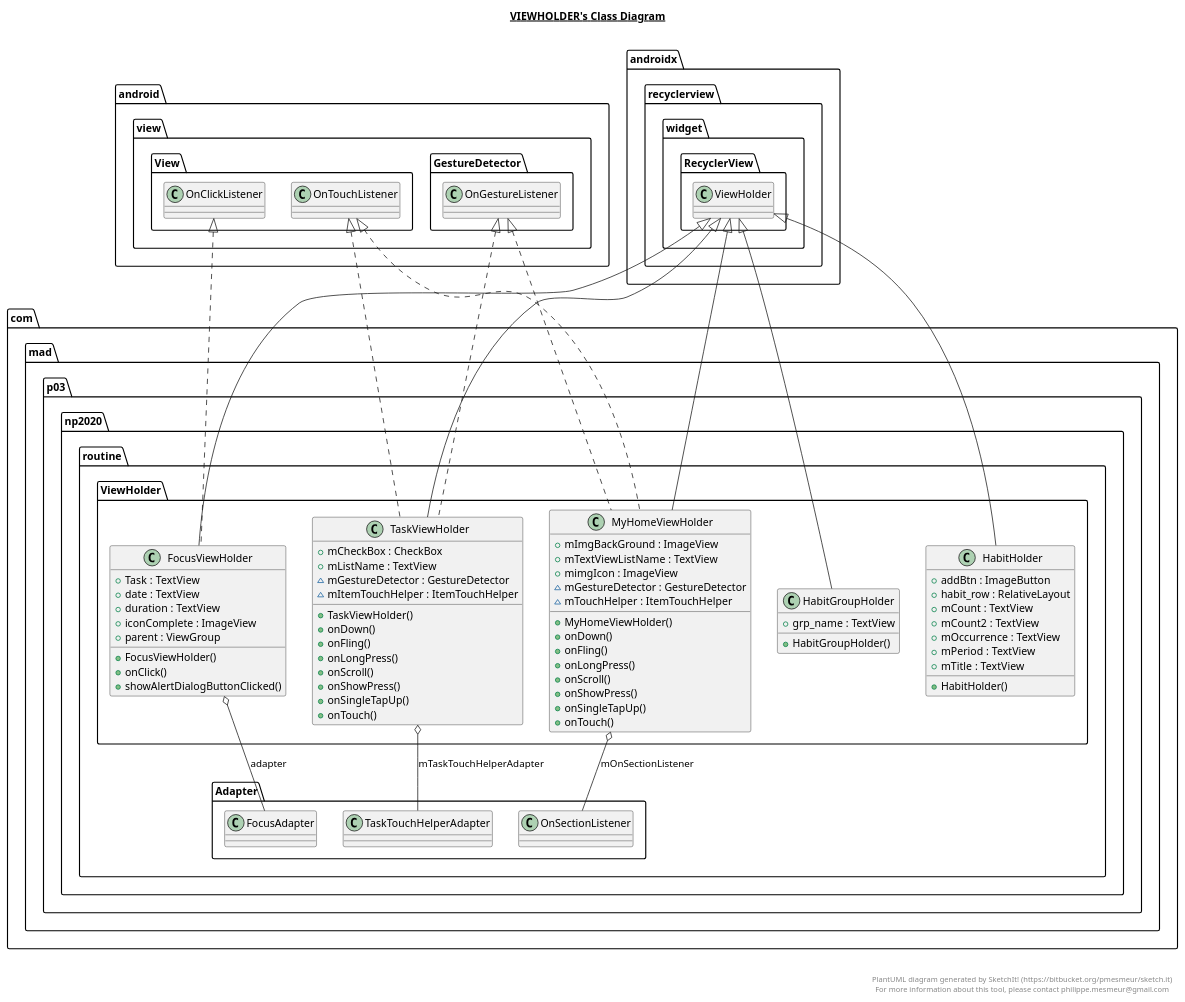
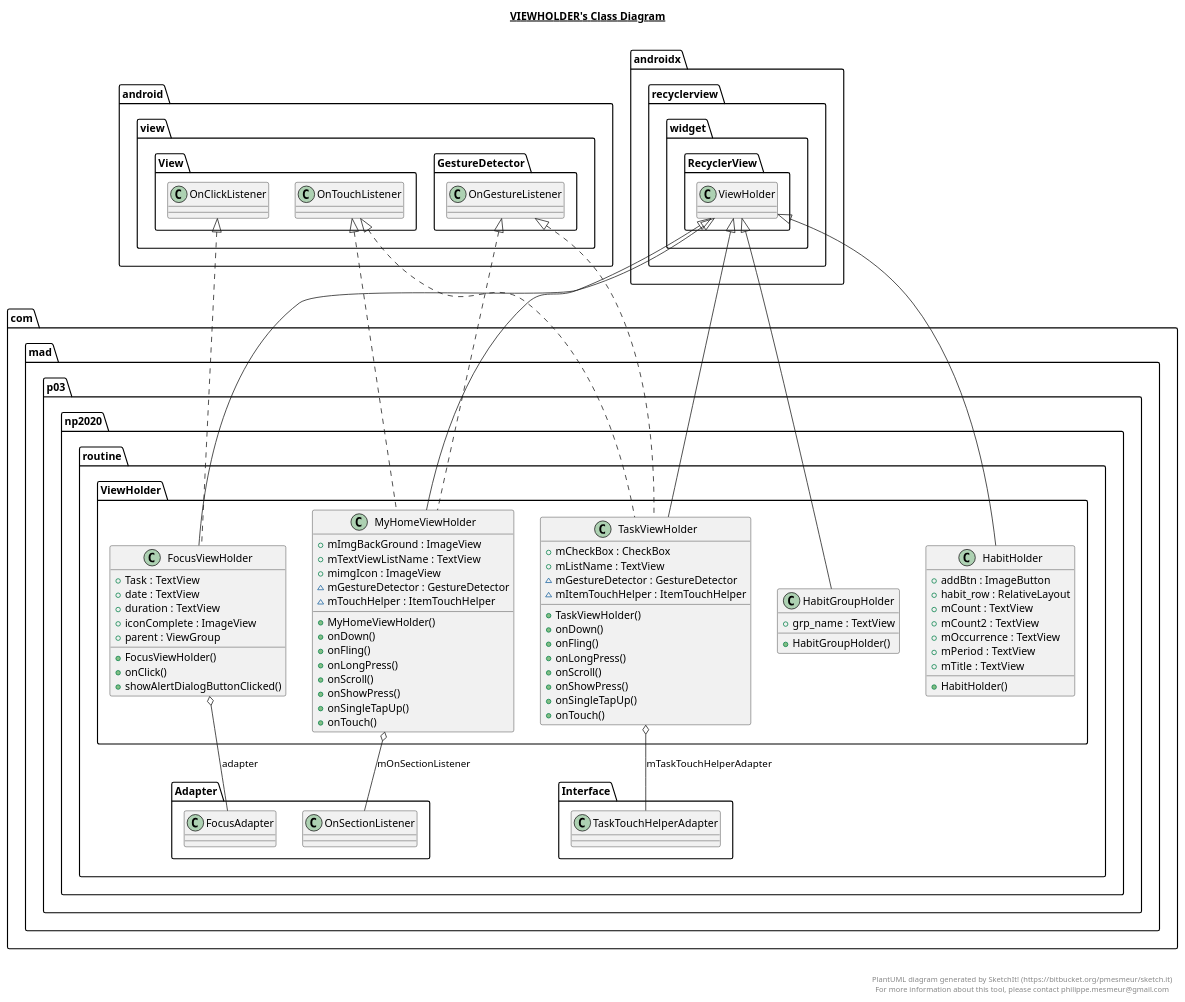
The diagram in app/src/main/java/com/mad/p03/np2020/routine/ViewHolder/ViewHolder.plantuml (AppDevIn/Routine), drawn with PlantUML before and after one commit. The commit also changed 12 other files, not shown here.

```diff
--- a/app/src/main/java/com/mad/p03/np2020/routine/ViewHolder/ViewHolder.plantuml
+++ b/app/src/main/java/com/mad/p03/np2020/routine/ViewHolder/ViewHolder.plantuml
@@ -1,110 +1,110 @@
 @startuml
 
 title __VIEWHOLDER's Class Diagram__\n
 
   namespace com.mad.p03.np2020.routine {
     namespace ViewHolder {
       class com.mad.p03.np2020.routine.ViewHolder.FocusViewHolder {
           + Task : TextView
           + date : TextView
           + duration : TextView
           + iconComplete : ImageView
           + parent : ViewGroup
           + FocusViewHolder()
           + onClick()
           + showAlertDialogButtonClicked()
       }
     }
   }
   
 
   namespace com.mad.p03.np2020.routine {
     namespace ViewHolder {
       class com.mad.p03.np2020.routine.ViewHolder.HabitGroupHolder {
           + grp_name : TextView
           + HabitGroupHolder()
       }
     }
   }
   
 
   namespace com.mad.p03.np2020.routine {
     namespace ViewHolder {
       class com.mad.p03.np2020.routine.ViewHolder.HabitHolder {
           + addBtn : ImageButton
           + habit_row : RelativeLayout
           + mCount : TextView
           + mCount2 : TextView
           + mOccurrence : TextView
           + mPeriod : TextView
           + mTitle : TextView
           + HabitHolder()
       }
     }
   }
   
 
   namespace com.mad.p03.np2020.routine {
     namespace ViewHolder {
       class com.mad.p03.np2020.routine.ViewHolder.MyHomeViewHolder {
           + mImgBackGround : ImageView
           + mTextViewListName : TextView
           + mimgIcon : ImageView
           ~ mGestureDetector : GestureDetector
           ~ mTouchHelper : ItemTouchHelper
           + MyHomeViewHolder()
           + onDown()
           + onFling()
           + onLongPress()
           + onScroll()
           + onShowPress()
           + onSingleTapUp()
           + onTouch()
       }
     }
   }
   
 
   namespace com.mad.p03.np2020.routine {
     namespace ViewHolder {
       class com.mad.p03.np2020.routine.ViewHolder.TaskViewHolder {
           + mCheckBox : CheckBox
           + mListName : TextView
           ~ mGestureDetector : GestureDetector
           ~ mItemTouchHelper : ItemTouchHelper
           + TaskViewHolder()
           + onDown()
           + onFling()
           + onLongPress()
           + onScroll()
           + onShowPress()
           + onSingleTapUp()
           + onTouch()
       }
     }
   }
   
 
   com.mad.p03.np2020.routine.ViewHolder.FocusViewHolder .up.|> android.view.View.OnClickListener
   com.mad.p03.np2020.routine.ViewHolder.FocusViewHolder -up-|> androidx.recyclerview.widget.RecyclerView.ViewHolder
   com.mad.p03.np2020.routine.ViewHolder.FocusViewHolder o-- com.mad.p03.np2020.routine.Adapter.FocusAdapter : adapter
   com.mad.p03.np2020.routine.ViewHolder.HabitGroupHolder -up-|> androidx.recyclerview.widget.RecyclerView.ViewHolder
   com.mad.p03.np2020.routine.ViewHolder.HabitHolder -up-|> androidx.recyclerview.widget.RecyclerView.ViewHolder
   com.mad.p03.np2020.routine.ViewHolder.MyHomeViewHolder .up.|> android.view.GestureDetector.OnGestureListener
   com.mad.p03.np2020.routine.ViewHolder.MyHomeViewHolder .up.|> android.view.View.OnTouchListener
   com.mad.p03.np2020.routine.ViewHolder.MyHomeViewHolder -up-|> androidx.recyclerview.widget.RecyclerView.ViewHolder
   com.mad.p03.np2020.routine.ViewHolder.MyHomeViewHolder o-- com.mad.p03.np2020.routine.Adapter.OnSectionListener : mOnSectionListener
   com.mad.p03.np2020.routine.ViewHolder.TaskViewHolder .up.|> android.view.GestureDetector.OnGestureListener
   com.mad.p03.np2020.routine.ViewHolder.TaskViewHolder .up.|> android.view.View.OnTouchListener
   com.mad.p03.np2020.routine.ViewHolder.TaskViewHolder -up-|> androidx.recyclerview.widget.RecyclerView.ViewHolder
-  com.mad.p03.np2020.routine.ViewHolder.TaskViewHolder o-- com.mad.p03.np2020.routine.Adapter.TaskTouchHelperAdapter : mTaskTouchHelperAdapter
+  com.mad.p03.np2020.routine.ViewHolder.TaskViewHolder o-- com.mad.p03.np2020.routine.Interface.TaskTouchHelperAdapter : mTaskTouchHelperAdapter
 
 
 right footer
 
 
 PlantUML diagram generated by SketchIt! (https://bitbucket.org/pmesmeur/sketch.it)
 For more information about this tool, please contact philippe.mesmeur@gmail.com
 endfooter
 
 @enduml
```
